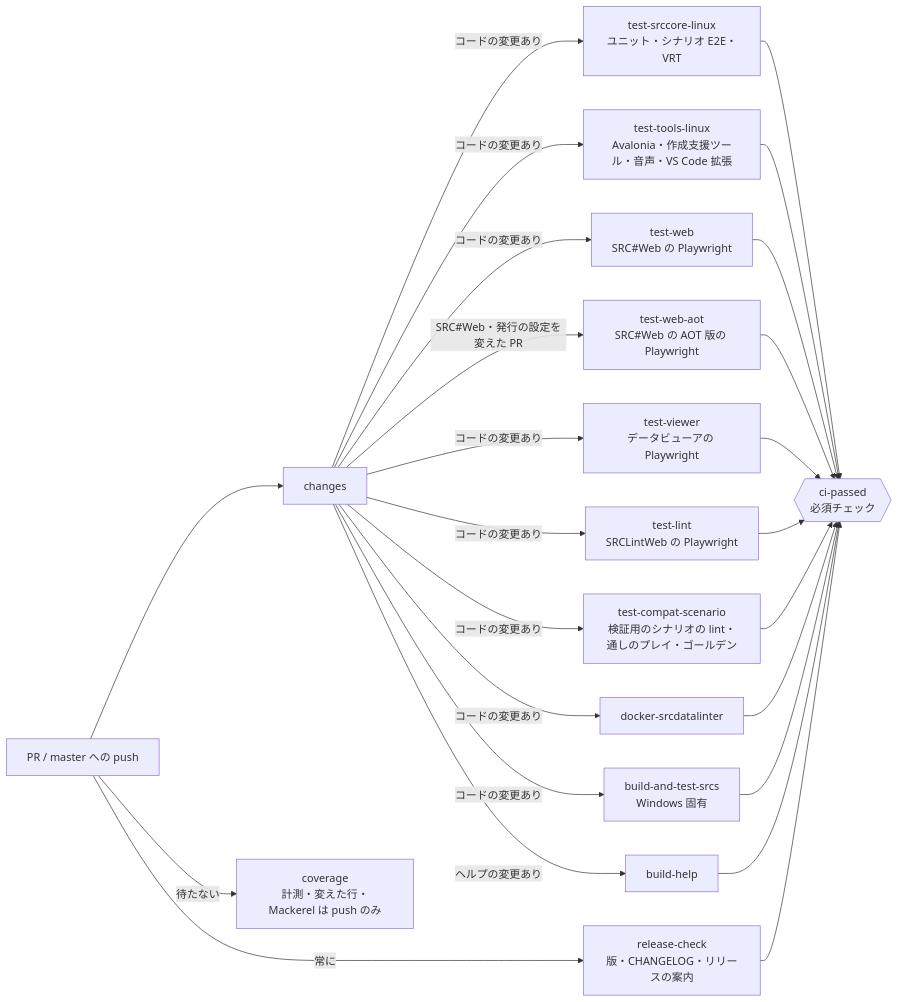
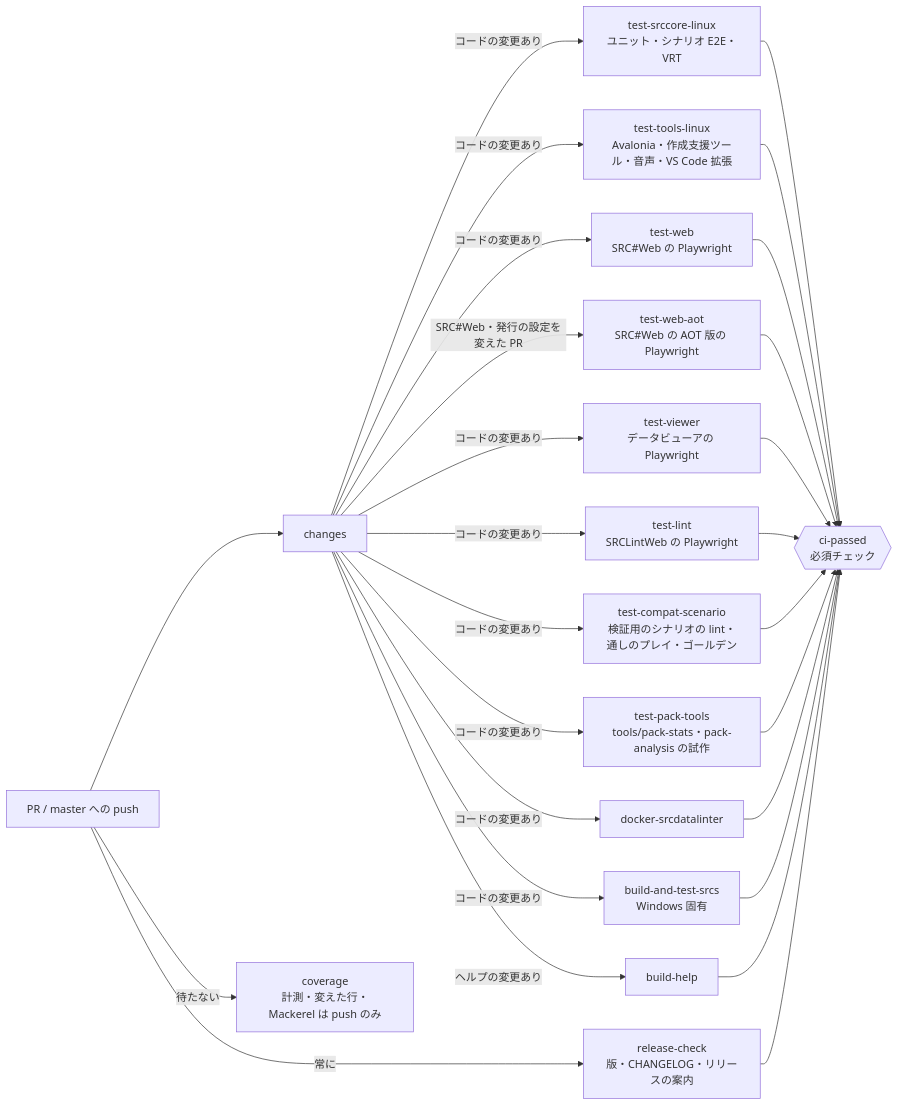
One commit to 7474/SRC changed the diagram in docs/testing.md. Above: the diagram before and after it, drawn with Mermaid. The commit also changed other lines of this file and 6 other files, not shown here.

First line of the commit message:
tools/pack-stats・tools/pack-analysis を CI でビルドし、小さなデータで動かす（#1616）

````diff
--- a/docs/testing.md
+++ b/docs/testing.md
@@ -82,17 +82,18 @@
 ```mermaid
 flowchart LR
   PR[PR / master への push] --> changes
   changes -->|コードの変更あり| core[test-srccore-linux<br/>ユニット・シナリオ E2E・VRT]
   changes -->|コードの変更あり| tools[test-tools-linux<br/>Avalonia・作成支援ツール・音声・VS Code 拡張]
   changes -->|コードの変更あり| web[test-web<br/>SRC#Web の Playwright]
   changes -->|コードの変更あり| lint[test-lint<br/>SRCLintWeb の Playwright]
   changes -->|SRC#Web・発行の設定を変えた PR| aot[test-web-aot<br/>SRC#Web の AOT 版の Playwright]
   changes -->|コードの変更あり| viewer[test-viewer<br/>データビューアの Playwright]
   changes -->|コードの変更あり| compat[test-compat-scenario<br/>検証用のシナリオの lint・通しのプレイ・ゴールデン]
+  changes -->|コードの変更あり| pack[test-pack-tools<br/>tools/pack-stats・pack-analysis の試作]
   changes -->|コードの変更あり| docker[docker-srcdatalinter]
   changes -->|コードの変更あり| win[build-and-test-srcs<br/>Windows 固有]
   changes -->|ヘルプの変更あり| help[build-help]
   PR -->|常に| release[release-check<br/>版・CHANGELOG・リリースの案内]
-  core & tools & web & aot & viewer & lint & compat & docker & win & help & release --> gate{{ci-passed<br/>必須チェック}}
+  core & tools & web & aot & viewer & lint & compat & pack & docker & win & help & release --> gate{{ci-passed<br/>必須チェック}}
   PR -->|待たない| coverage[coverage<br/>計測・変えた行・Mackerel は push のみ]
 ```
````
